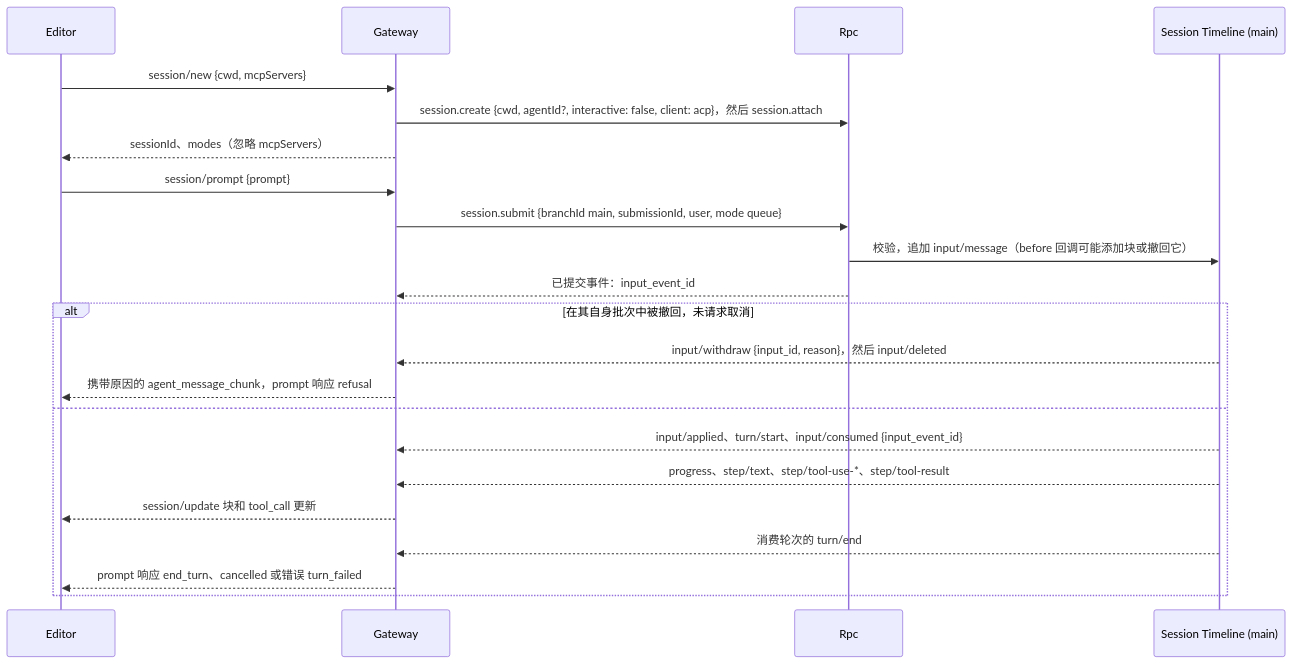
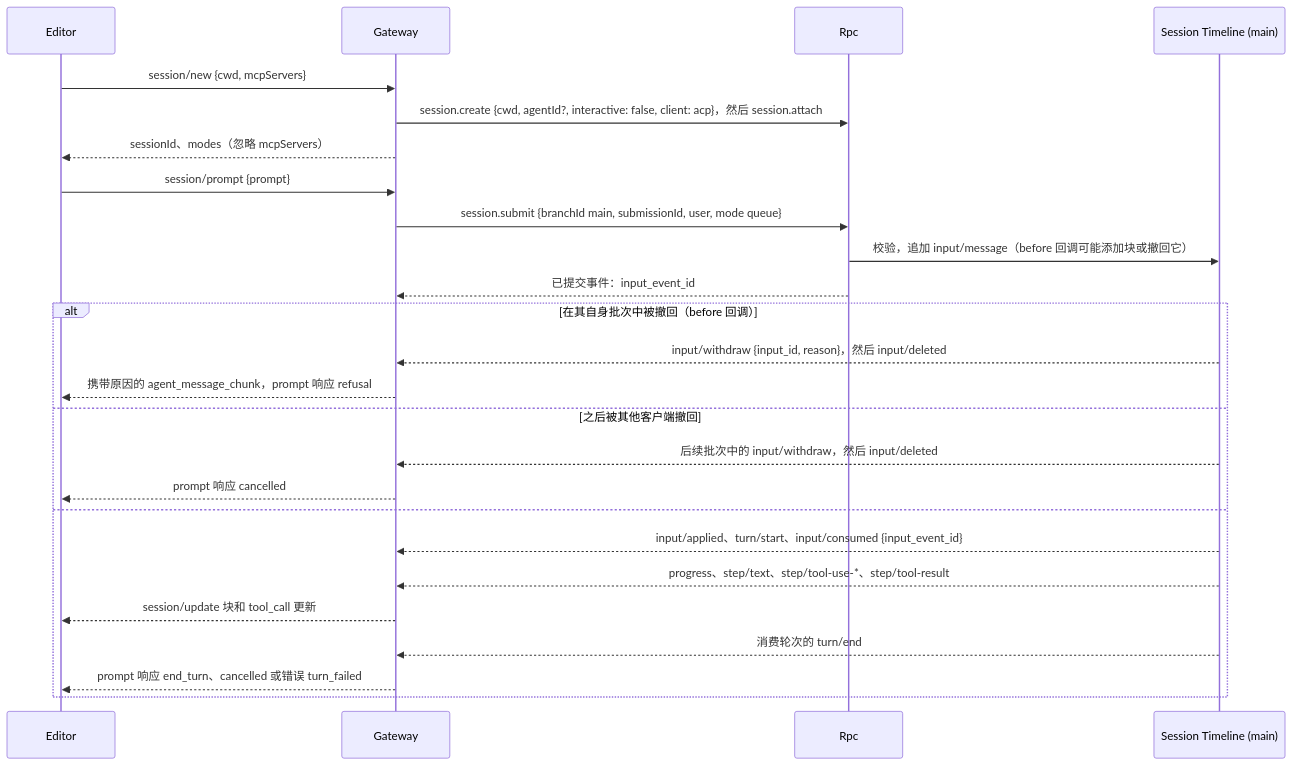
The third of 5 diagrams in docs/zh/design/plugins/AcpGateway.md (CoutinhoTTS/dim-agent), drawn with Mermaid before and after one commit. The commit also changed other lines of this file and 40 other files, not shown here.

````diff
--- a/docs/zh/design/plugins/AcpGateway.md
+++ b/docs/zh/design/plugins/AcpGateway.md
@@ -65,24 +65,27 @@
 ```mermaid
 sequenceDiagram
   participant E as Editor
   participant G as Gateway
   participant R as Rpc
   participant TL as Session Timeline (main)
   E->>G: session/new {cwd, mcpServers}
   G->>R: session.create {cwd, agentId?, interactive: false, client: acp}，然后 session.attach
   G-->>E: sessionId、modes（忽略 mcpServers）
   E->>G: session/prompt {prompt}
   G->>R: session.submit {branchId main, submissionId, user, mode queue}
   R->>TL: 校验，追加 input/message（before 回调可能添加块或撤回它）
   R-->>G: 已提交事件：input_event_id
-  alt 在其自身批次中被撤回，未请求取消
+  alt 在其自身批次中被撤回（before 回调）
     TL-->>G: input/withdraw {input_id, reason}，然后 input/deleted
     G-->>E: 携带原因的 agent_message_chunk，prompt 响应 refusal
+  else 之后被其他客户端撤回
+    TL-->>G: 后续批次中的 input/withdraw，然后 input/deleted
+    G-->>E: prompt 响应 cancelled
   else
   TL-->>G: input/applied、turn/start、input/consumed {input_event_id}
   TL-->>G: progress、step/text、step/tool-use-*、step/tool-result
   G-->>E: session/update 块和 tool_call 更新
   TL-->>G: 消费轮次的 turn/end
   G-->>E: prompt 响应 end_turn、cancelled 或错误 turn_failed
   end
 ```
````
